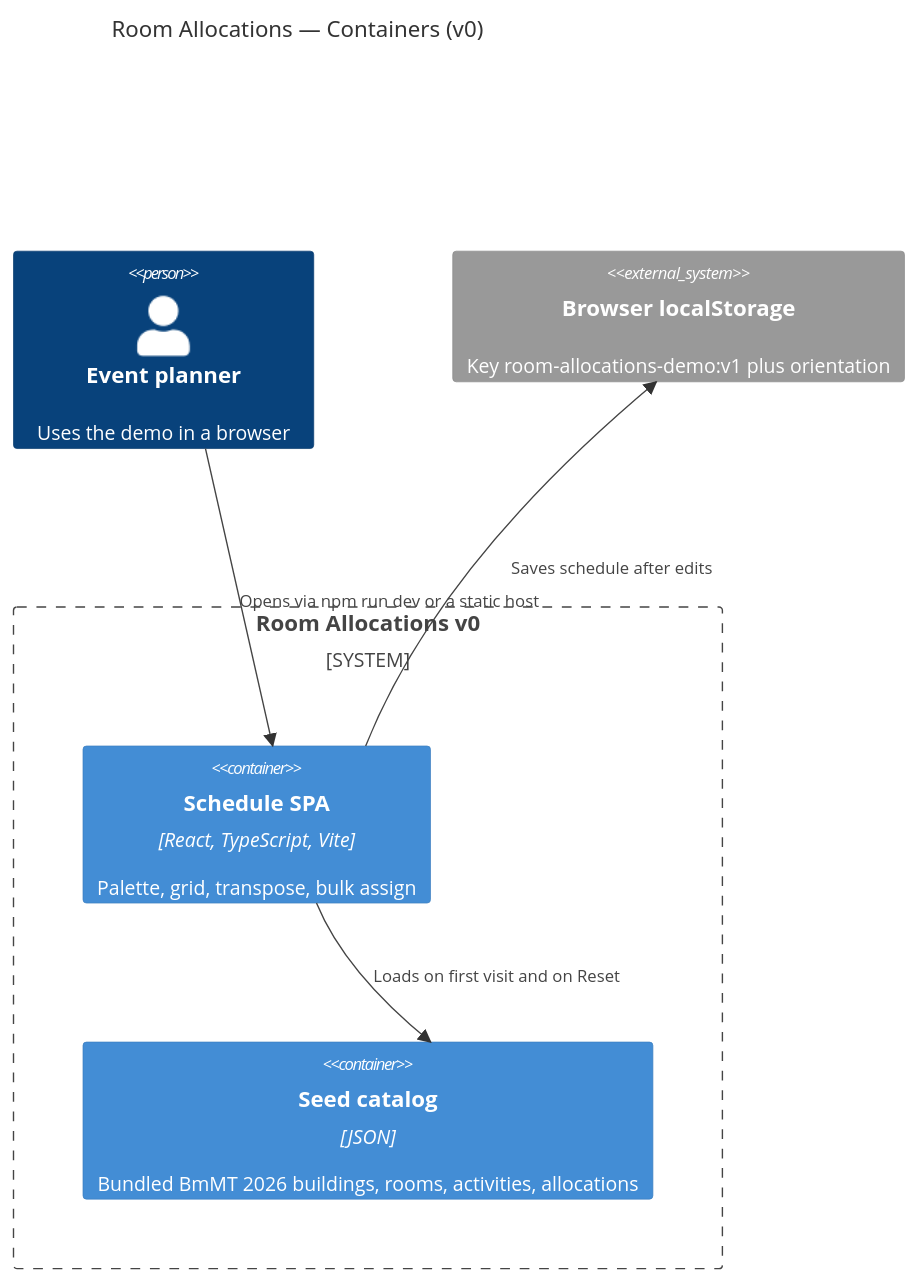
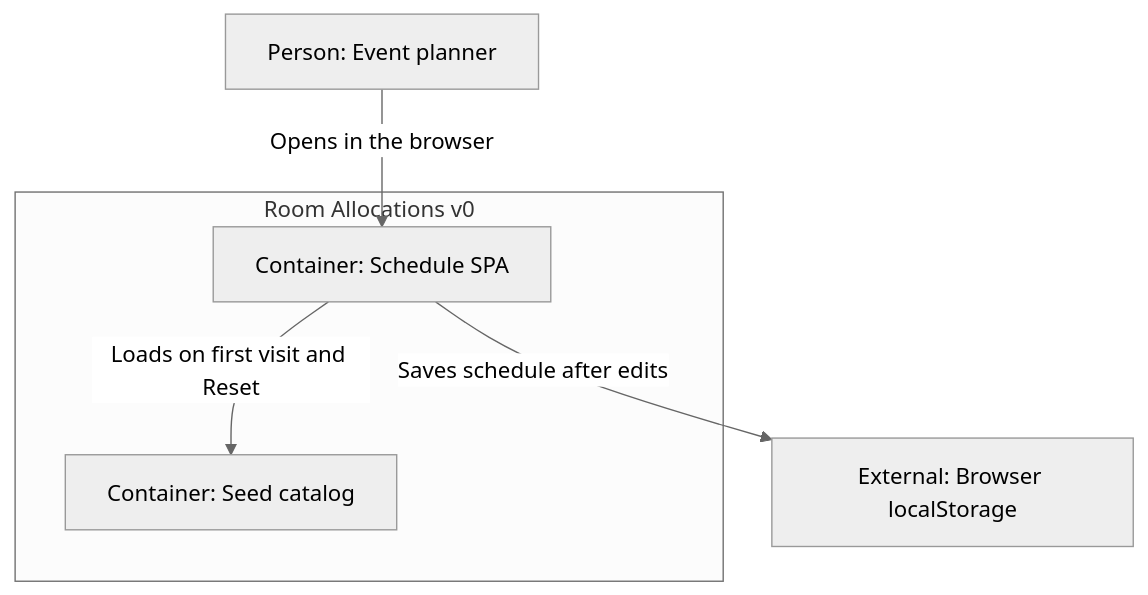
The diagram in docs/c4/container.md (tri2k/room-allocations-demo), drawn with Mermaid before and after one commit. The commit also changed 5 other files, not shown here.

First line of the commit message:
docs: make C4 diagrams readable in light and dark mode

````diff
--- a/docs/c4/container.md
+++ b/docs/c4/container.md
@@ -5,17 +5,13 @@
 ```mermaid
-C4Container
-title Room Allocations — Containers (v0)
-
-Person(planner, "Event planner", "Uses the demo in a browser")
-
-System_Boundary(boundary, "Room Allocations v0") {
-    Container(spa, "Schedule SPA", "React, TypeScript, Vite", "Palette, grid, transpose, bulk assign")
-    Container(seed, "Seed catalog", "JSON", "Bundled BmMT 2026 buildings, rooms, activities, allocations")
-}
-
-System_Ext(browserStorage, "Browser localStorage", "Key room-allocations-demo:v1 plus orientation")
-
-Rel(planner, spa, "Opens via npm run dev or a static host")
-Rel(spa, seed, "Loads on first visit and on Reset")
-Rel(spa, browserStorage, "Saves schedule after edits")
+%%{init: {"theme": "neutral"}}%%
+flowchart TB
+  planner["Person: Event planner"]
+  subgraph demo [Room Allocations v0]
+    spa["Container: Schedule SPA"]
+    seed["Container: Seed catalog"]
+  end
+  browserStorage["External: Browser localStorage"]
+  planner -->|"Opens in the browser"| spa
+  spa -->|"Loads on first visit and Reset"| seed
+  spa -->|"Saves schedule after edits"| browserStorage
 ```
````
